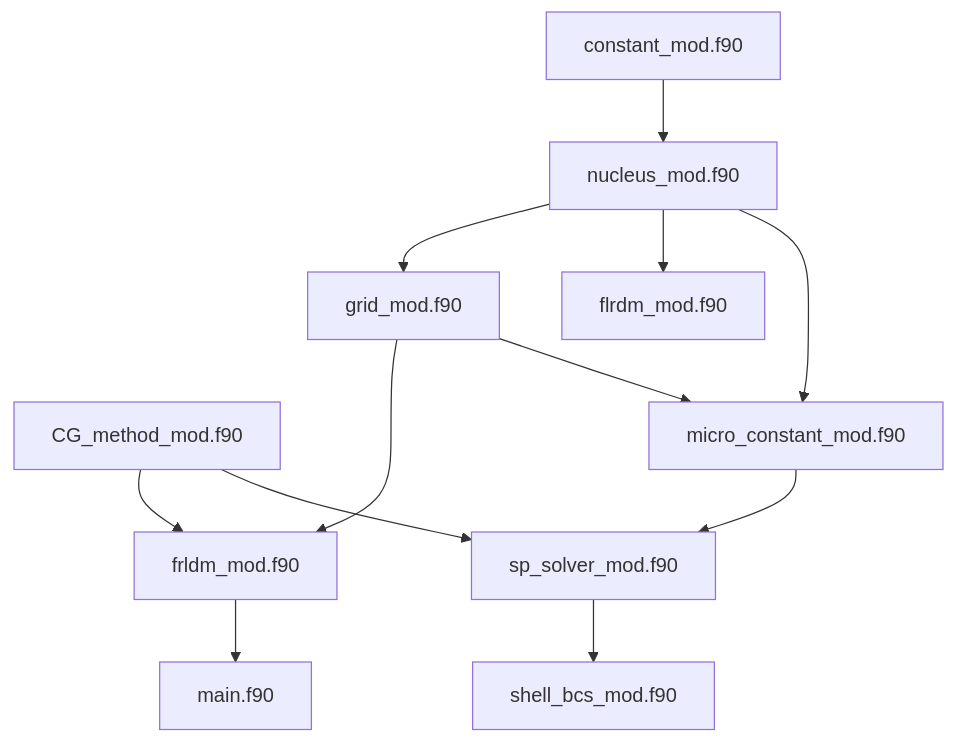
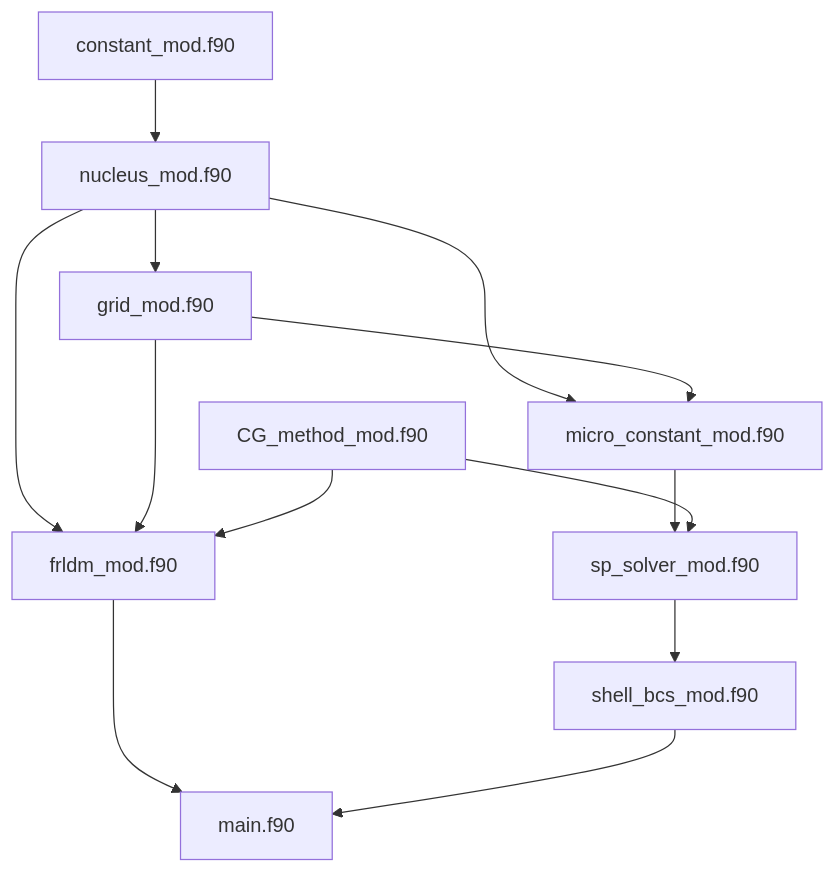
Before and after one commit to tanamarugithuber/Microscopic-Macroscopic-: the diagram in README.md, drawn with Mermaid.

````diff
--- a/README.md
+++ b/README.md
@@ -11,16 +11,16 @@
 ```mermaid
 graph TD;
     constant_mod.f90-->nucleus_mod.f90;
     nucleus_mod.f90-->grid_mod.f90;
-    nucleus_mod.f90-->flrdm_mod.f90;
+    nucleus_mod.f90-->frldm_mod.f90;
     grid_mod.f90-->frldm_mod.f90;
     CG_method_mod.f90-->frldm_mod.f90;
     nucleus_mod.f90-->micro_constant_mod.f90;
     grid_mod.f90-->micro_constant_mod.f90;
     micro_constant_mod.f90-->sp_solver_mod.f90
     CG_method_mod.f90-->sp_solver_mod.f90
     sp_solver_mod.f90-->shell_bcs_mod.f90
     frldm_mod.f90-->main.f90
-    shell_bcs_mod.f90
+    shell_bcs_mod.f90-->main.f90
 
 ```
````
